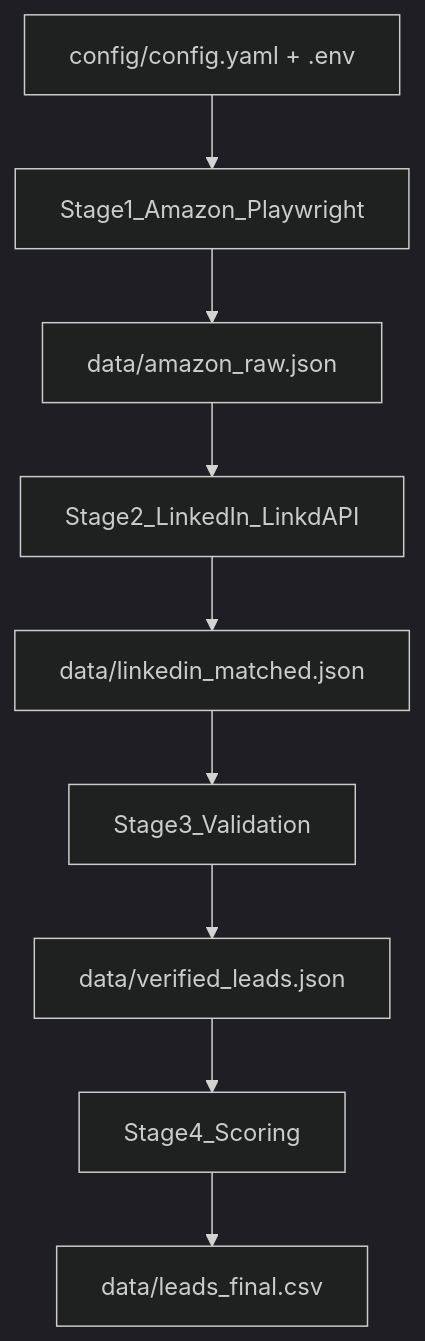
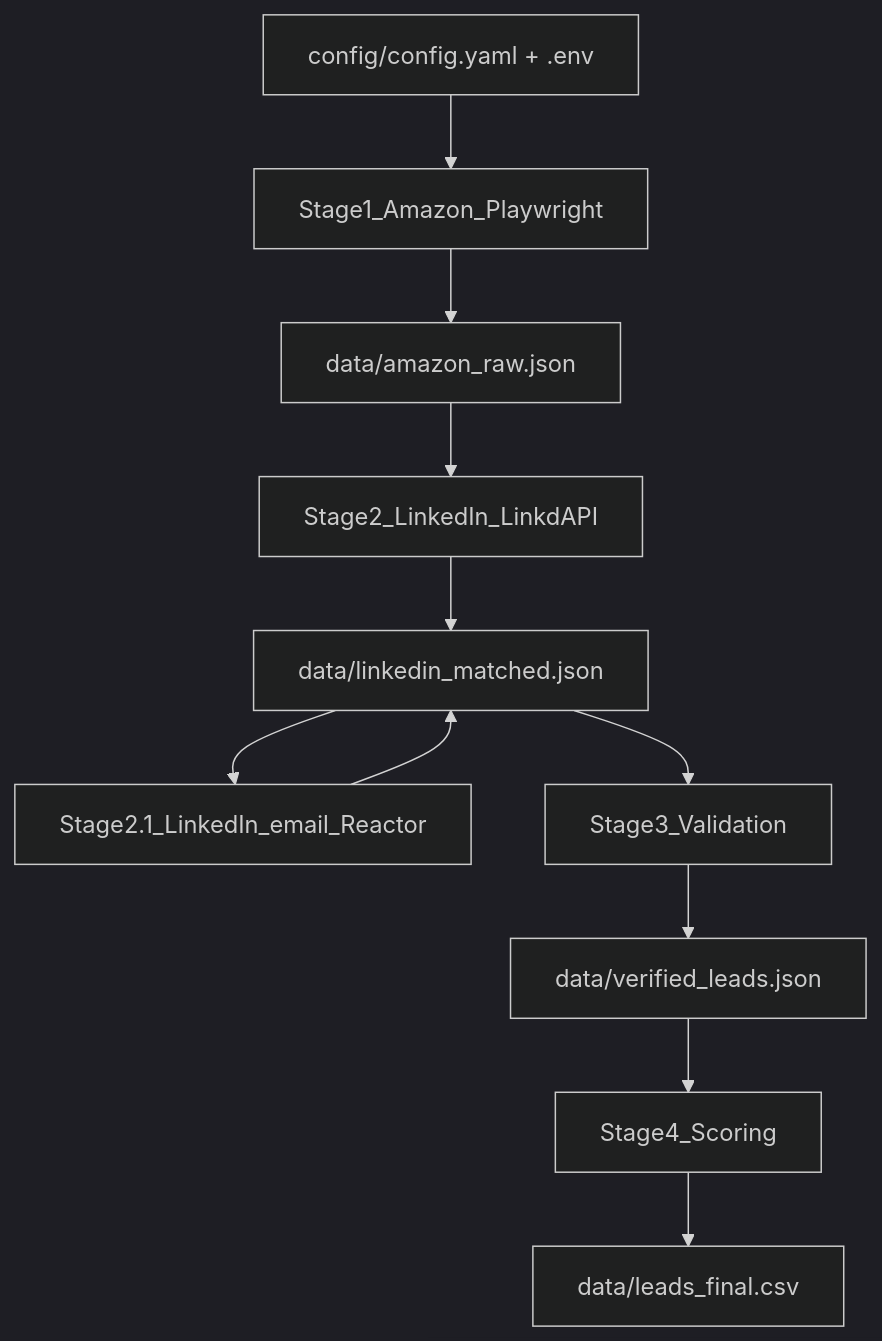
One commit to aniketde9/Author_Scraper changed the diagram in ARCHITECTURE.md. Above: the diagram before and after it, drawn with Mermaid (dark theme). The commit also changed other lines of this file and 12 other files, not shown here.

First line of the commit message:
Add Stage 2.1 LinkedIn email enrichment; replace CLI Stage 1.5 path

````diff
--- a/ARCHITECTURE.md
+++ b/ARCHITECTURE.md
@@ -14,11 +14,13 @@
 ```mermaid
 flowchart TD
     A[config/config.yaml + .env] --> B[Stage1_Amazon_Playwright]
     B --> C[data/amazon_raw.json]
     C --> D[Stage2_LinkedIn_LinkdAPI]
     D --> E[data/linkedin_matched.json]
+    E --> E21[Stage2.1_LinkedIn_email_Reactor]
+    E21 --> E
     E --> F[Stage3_Validation]
     F --> G[data/verified_leads.json]
     G --> H[Stage4_Scoring]
     H --> I[data/leads_final.csv]
 ```
````
